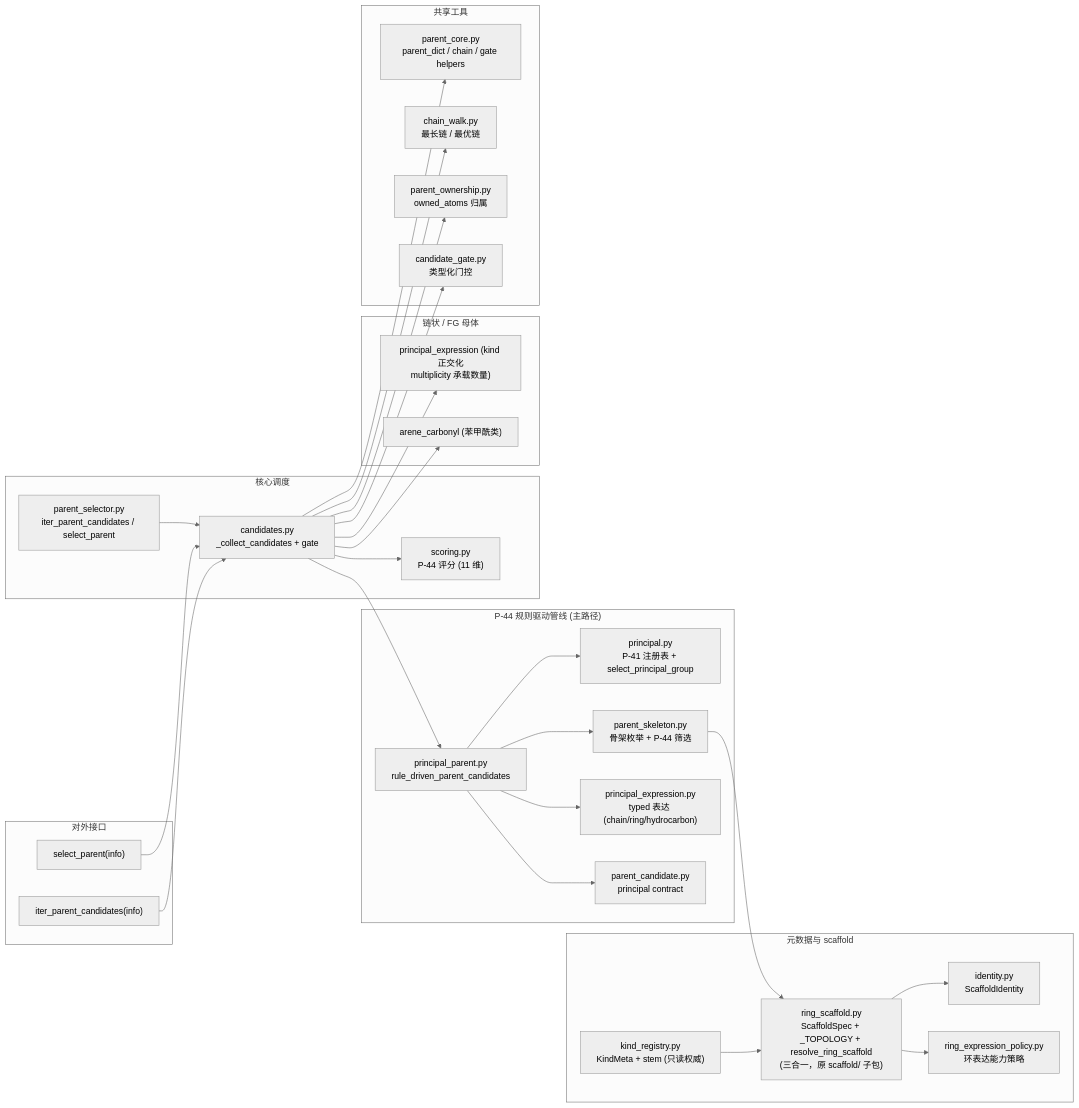
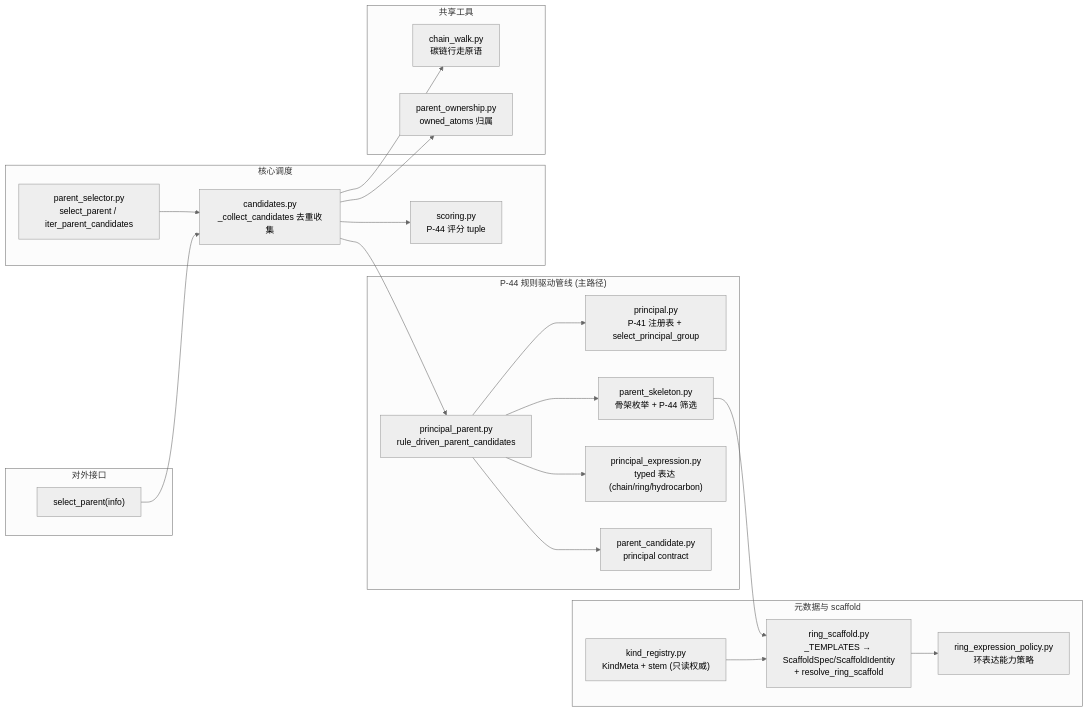
One commit to zouxiaofei1/OpenSMILES changed the third of 3 diagrams in docs/wiki/architecture/layer2-parent-selector.md. Above: the diagram before and after it, drawn with Mermaid (neutral theme). The commit also changed other lines of this file and 18 other files, not shown here.

````diff
--- a/docs/wiki/architecture/layer2-parent-selector.md
+++ b/docs/wiki/architecture/layer2-parent-selector.md
@@ -214,53 +202,41 @@
 ```mermaid
 flowchart LR
     subgraph Public_API["对外接口"]
         SP["select_parent(info)"]
-        IPC["iter_parent_candidates(info)"]
     end
 
     subgraph Principal["P-44 规则驱动管线 (主路径)"]
         PR["principal.py<br/>P-41 注册表 + select_principal_group"]
         SKEL["parent_skeleton.py<br/>骨架枚举 + P-44 筛选"]
         PEXPR["principal_expression.py<br/>typed 表达 (chain/ring/hydrocarbon)"]
         PPR["principal_parent.py<br/>rule_driven_parent_candidates"]
         PCAND["parent_candidate.py<br/>principal contract"]
     end
 
     subgraph Core["核心调度"]
-        CAND["candidates.py<br/>_collect_candidates + gate"]
-        SCORE["scoring.py<br/>P-44 评分 (11 维)"]
-        PSEL["parent_selector.py<br/>iter_parent_candidates / select_parent"]
+        CAND["candidates.py<br/>_collect_candidates 去重收集"]
+        SCORE["scoring.py<br/>P-44 评分 tuple"]
+        PSEL["parent_selector.py<br/>select_parent / iter_parent_candidates"]
     end
 
     subgraph Registry["元数据与 scaffold"]
         KR["kind_registry.py<br/>KindMeta + stem (只读权威)"]
-        RSCAFF["ring_scaffold.py<br/>ScaffoldSpec + _TOPOLOGY + resolve_ring_scaffold<br/>(三合一，原 scaffold/ 子包)"]
-        ID["identity.py<br/>ScaffoldIdentity"]
+        RSCAFF["ring_scaffold.py<br/>_TEMPLATES → ScaffoldSpec/ScaffoldIdentity<br/>+ resolve_ring_scaffold"]
         REP["ring_expression_policy.py<br/>环表达能力策略"]
     end
 
-    subgraph ChainAndFG["链状 / FG 母体"]
-        PCO["principal_expression (kind 正交化<br/>multiplicity 承载数量)"]
-        ALC["arene_carbonyl (苯甲酰类)"]
-    end
-
     subgraph Utilities["共享工具"]
-        PC["parent_core.py<br/>parent_dict / chain / gate helpers"]
-        CW["chain_walk.py<br/>最长链 / 最优链"]
+        CW["chain_walk.py<br/>碳链行走原语"]
         OWN["parent_ownership.py<br/>owned_atoms 归属"]
-        CG["candidate_gate.py<br/>类型化门控"]
     end
 
     PSEL --> CAND
     SP --> CAND
-    IPC --> CAND
     CAND --> PPR
     PPR --> PR & SKEL & PEXPR & PCAND
     SKEL --> RSCAFF
     KR --> RSCAFF
-    RSCAFF --> ID
     RSCAFF --> REP
-    CAND --> SCORE & OWN & CG
-    CAND --> PCO & ALC
-    CAND --> PC & CW
+    CAND --> SCORE & OWN
+    CAND --> CW
 ```
````
